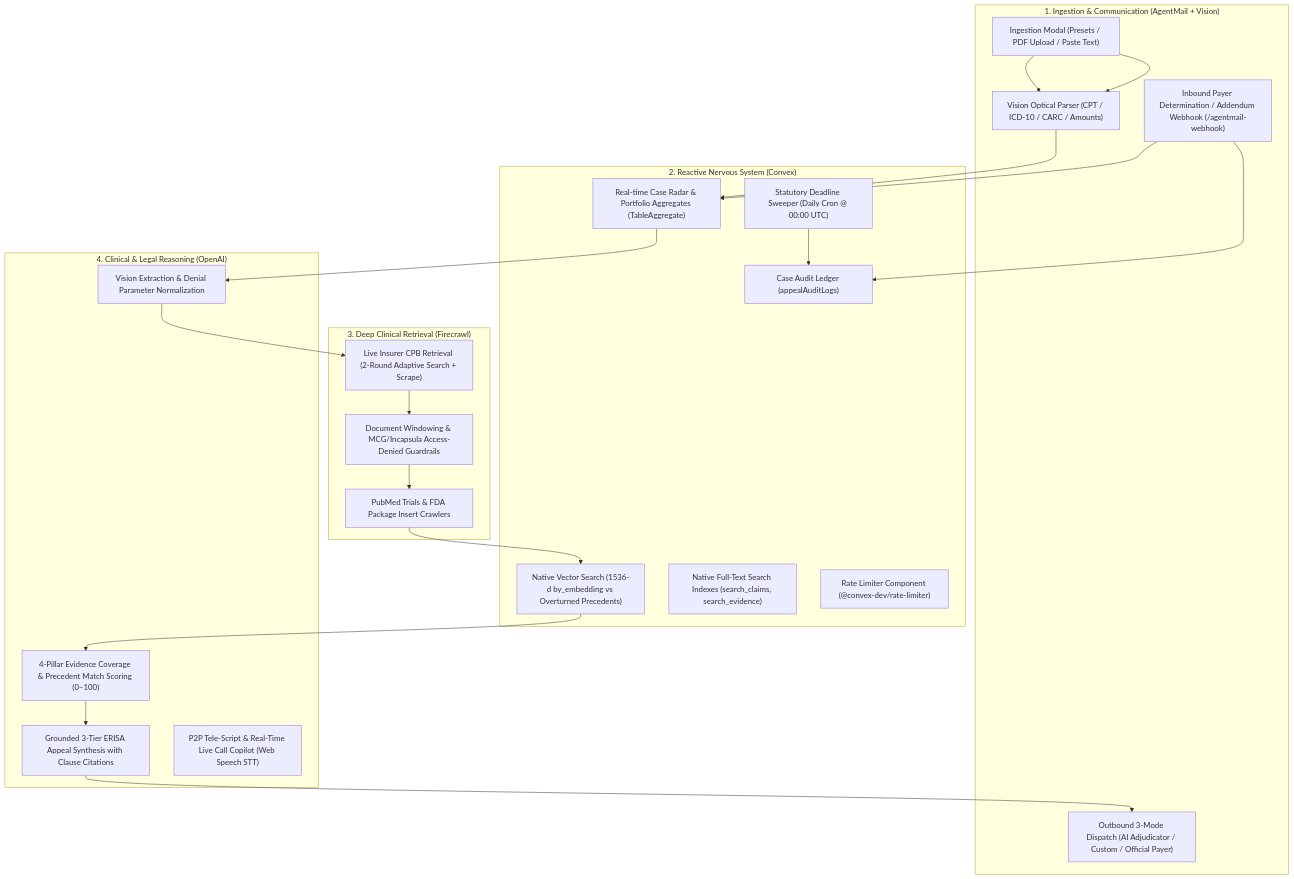
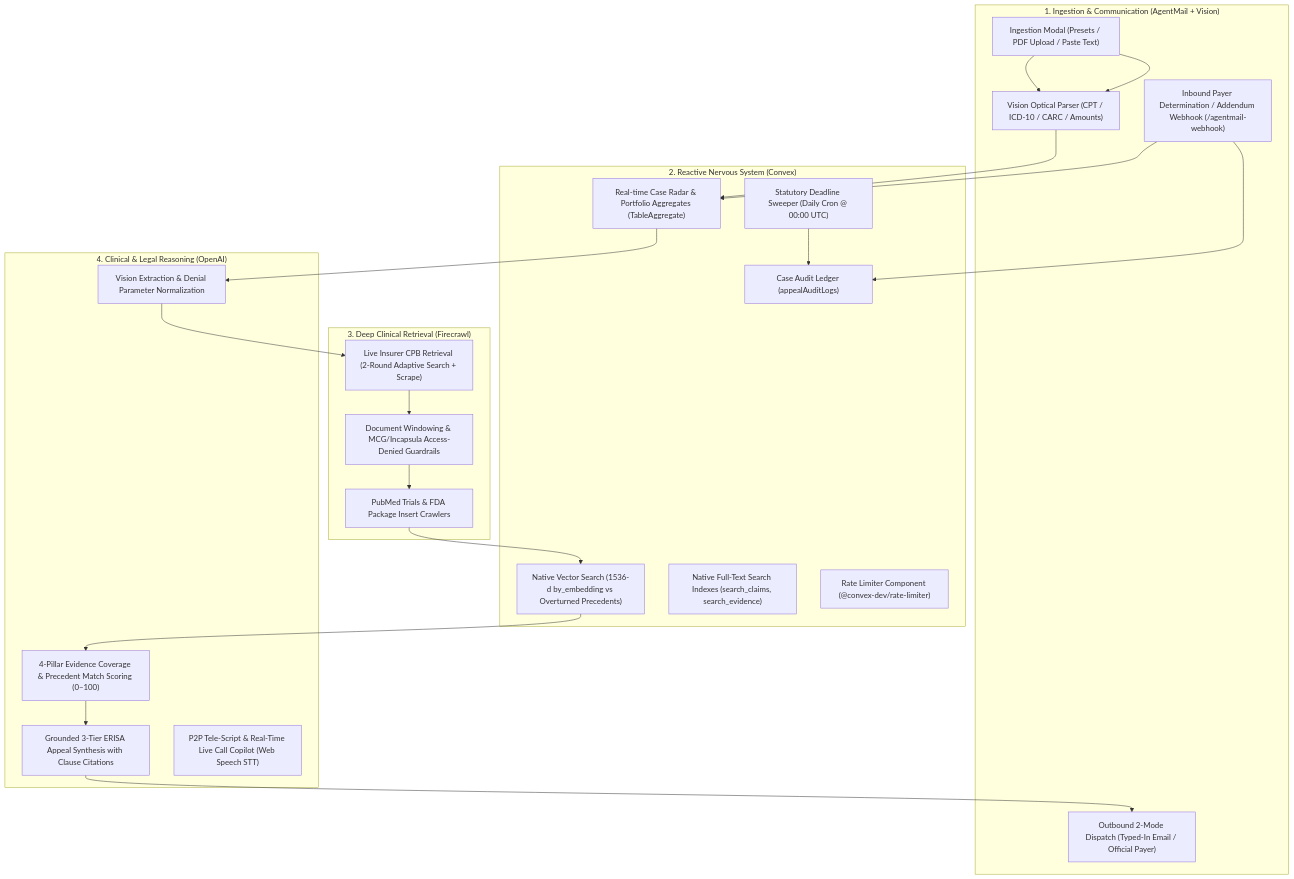
The diagram in IDEA.md (zaikaman/ClaimHero), drawn with Mermaid before and after one commit. The commit also changed other lines of this file and 24 other files, not shown here.

First line of the commit message:
refactor: remove adjudicator email references and related functionality

````diff
--- a/IDEA.md
+++ b/IDEA.md
@@ -23,44 +23,44 @@
 ```mermaid
 flowchart TD
     subgraph Intake ["1. Ingestion & Communication (AgentMail + Vision)"]
         A1["Ingestion Modal (Presets / PDF Upload / Paste Text)"] --> A2["Vision Optical Parser (CPT / ICD-10 / CARC / Amounts)"]
-        A3["Outbound 3-Mode Dispatch (AI Adjudicator / Custom / Official Payer)"]
+        A3["Outbound 2-Mode Dispatch (Typed-In Email / Official Payer)"]
         A4["Inbound Payer Determination / Addendum Webhook (/agentmail-webhook)"]
     end
 
     subgraph Brain ["2. Reactive Nervous System (Convex)"]
         C1["Real-time Case Radar & Portfolio Aggregates (TableAggregate)"]
         C2["Native Vector Search (1536-d by_embedding vs Overturned Precedents)"]
         C3["Native Full-Text Search Indexes (search_claims, search_evidence)"]
         C4["Statutory Deadline Sweeper (Daily Cron @ 00:00 UTC)"]
         C5["Rate Limiter Component (@convex-dev/rate-limiter)"]
         C6["Case Audit Ledger (appealAuditLogs)"]
     end
 
     subgraph Senses ["3. Deep Clinical Retrieval (Firecrawl)"]
         F1["Live Insurer CPB Retrieval (2-Round Adaptive Search + Scrape)"]
         F2["Document Windowing & MCG/Incapsula Access-Denied Guardrails"]
         F3["PubMed Trials & FDA Package Insert Crawlers"]
     end
 
     subgraph Intelligence ["4. Clinical & Legal Reasoning (OpenAI)"]
         O1["Vision Extraction & Denial Parameter Normalization"]
         O2["4-Pillar Evidence Coverage & Precedent Match Scoring (0–100)"]
         O3["Grounded 3-Tier ERISA Appeal Synthesis with Clause Citations"]
         O4["P2P Tele-Script & Real-Time Live Call Copilot (Web Speech STT)"]
     end
 
     A1 --> A2
     A2 --> C1
     C1 --> O1
     O1 --> F1
     F1 --> F2
     F2 --> F3
     F3 --> C2
     C2 --> O2
     O2 --> O3
     O3 --> A3
     C4 --> C6
     A4 --> C1
     A4 --> C6
 ```
````
